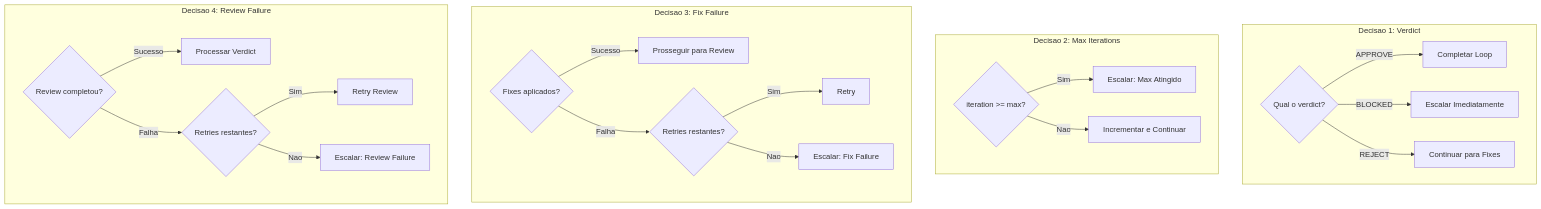
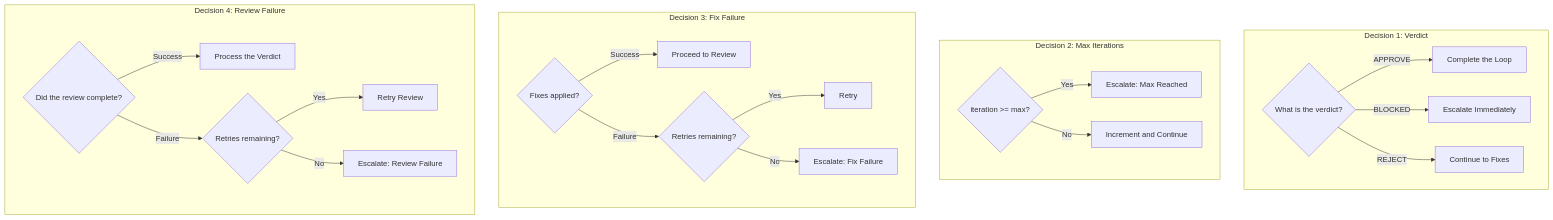
The ninth of 10 diagrams in docs/guides/workflows/QA-LOOP-WORKFLOW.md (CyryxLabs/AEXOS), drawn with Mermaid before and after one commit. The commit also changed other lines of this file and 528 other files, not shown here.

````diff
--- a/docs/guides/workflows/QA-LOOP-WORKFLOW.md
+++ b/docs/guides/workflows/QA-LOOP-WORKFLOW.md
@@ -734,31 +734,31 @@
 ```mermaid
 flowchart TD
-    subgraph D1["Decisao 1: Verdict"]
-        V1{"Qual o verdict?"}
-        V1 -->|"APPROVE"| V1A["Completar Loop"]
-        V1 -->|"BLOCKED"| V1B["Escalar Imediatamente"]
-        V1 -->|"REJECT"| V1C["Continuar para Fixes"]
+    subgraph D1["Decision 1: Verdict"]
+        V1{"What is the verdict?"}
+        V1 -->|"APPROVE"| V1A["Complete the Loop"]
+        V1 -->|"BLOCKED"| V1B["Escalate Immediately"]
+        V1 -->|"REJECT"| V1C["Continue to Fixes"]
     end
 
-    subgraph D2["Decisao 2: Max Iterations"]
+    subgraph D2["Decision 2: Max Iterations"]
         I1{"iteration >= max?"}
-        I1 -->|"Sim"| I1A["Escalar: Max Atingido"]
-        I1 -->|"Nao"| I1B["Incrementar e Continuar"]
+        I1 -->|"Yes"| I1A["Escalate: Max Reached"]
+        I1 -->|"No"| I1B["Increment and Continue"]
     end
 
-    subgraph D3["Decisao 3: Fix Failure"]
-        F1{"Fixes aplicados?"}
-        F1 -->|"Sucesso"| F1A["Prosseguir para Review"]
-        F1 -->|"Falha"| F1B{"Retries restantes?"}
-        F1B -->|"Sim"| F1C["Retry"]
-        F1B -->|"Nao"| F1D["Escalar: Fix Failure"]
+    subgraph D3["Decision 3: Fix Failure"]
+        F1{"Fixes applied?"}
+        F1 -->|"Success"| F1A["Proceed to Review"]
+        F1 -->|"Failure"| F1B{"Retries remaining?"}
+        F1B -->|"Yes"| F1C["Retry"]
+        F1B -->|"No"| F1D["Escalate: Fix Failure"]
     end
 
-    subgraph D4["Decisao 4: Review Failure"]
-        R1{"Review completou?"}
-        R1 -->|"Sucesso"| R1A["Processar Verdict"]
-        R1 -->|"Falha"| R1B{"Retries restantes?"}
-        R1B -->|"Sim"| R1C["Retry Review"]
-        R1B -->|"Nao"| R1D["Escalar: Review Failure"]
+    subgraph D4["Decision 4: Review Failure"]
+        R1{"Did the review complete?"}
+        R1 -->|"Success"| R1A["Process the Verdict"]
+        R1 -->|"Failure"| R1B{"Retries remaining?"}
+        R1B -->|"Yes"| R1C["Retry Review"]
+        R1B -->|"No"| R1D["Escalate: Review Failure"]
     end
 ```
````
